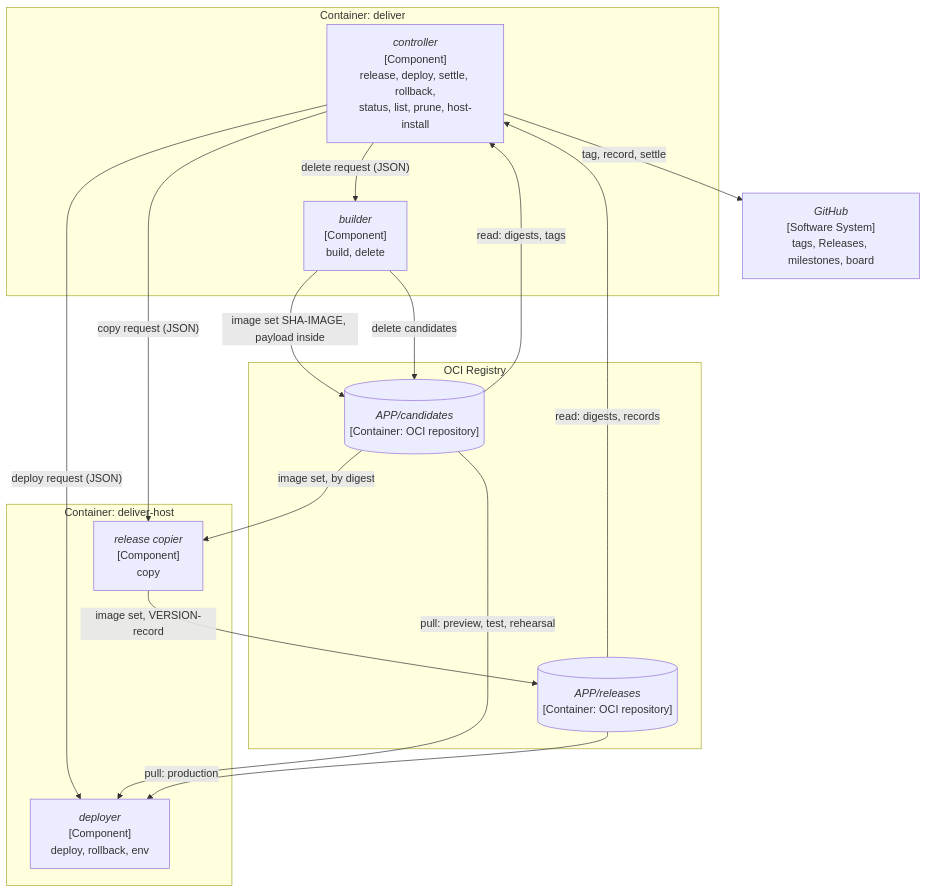
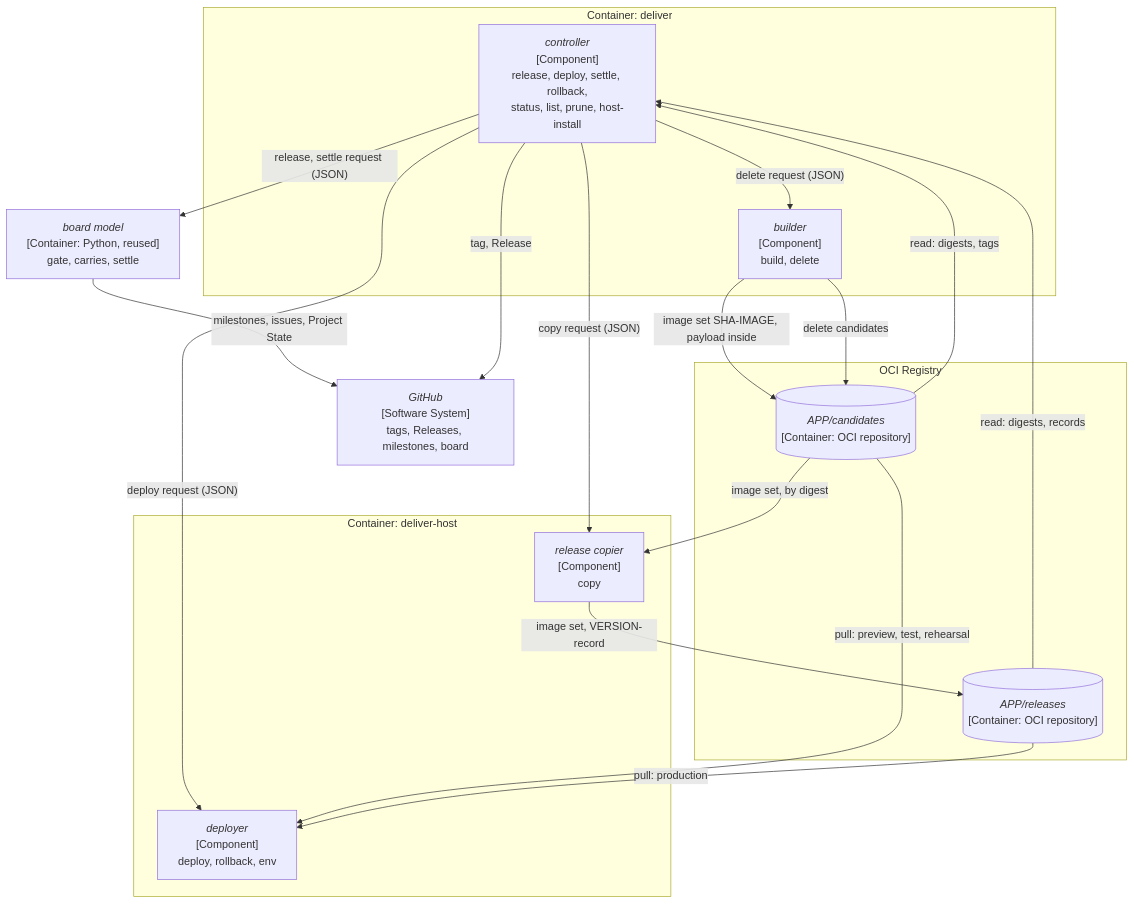
The first of 6 diagrams in records/2.5-changes/programme-tooling/117-generic-deliver-tool/design.md (delphside/programme), drawn with Mermaid before and after one commit. The commit also changed other lines of this file, not shown here.

First line of the commit message:
Change 117: name the board model as a reused tool

````diff
--- a/records/2.5-changes/programme-tooling/117-generic-deliver-tool/design.md
+++ b/records/2.5-changes/programme-tooling/117-generic-deliver-tool/design.md
@@ -94,28 +99,31 @@
 ```mermaid
 flowchart TB
   subgraph DELIVER["Container: deliver"]
     CTL["<i>controller</i><br>[Component]<br>release, deploy, settle, rollback,<br>status, list, prune, host-install"]
     BLD["<i>builder</i><br>[Component]<br>build, delete"]
   end
   subgraph HOST["Container: deliver-host"]
     COPY["<i>release copier</i><br>[Component]<br>copy"]
     DEP["<i>deployer</i><br>[Component]<br>deploy, rollback, env"]
   end
   subgraph OCIR["OCI Registry"]
     CAND[("<i>APP/candidates</i><br>[Container: OCI repository]")]
     REL[("<i>APP/releases</i><br>[Container: OCI repository]")]
   end
   GH["<i>GitHub</i><br>[Software System]<br>tags, Releases, milestones, board"]
+  BM["<i>board model</i><br>[Container: Python, reused]<br>gate, carries, settle"]
+  CTL -->|"release, settle request (JSON)"| BM
+  BM -->|"milestones, issues, Project State"| GH
   BLD -->|"image set SHA-IMAGE, payload inside"| CAND
   CAND -->|"read: digests, tags"| CTL
   REL -->|"read: digests, records"| CTL
   CTL -->|"delete request (JSON)"| BLD
   BLD -->|"delete candidates"| CAND
   CTL -->|"copy request (JSON)"| COPY
   CAND -->|"image set, by digest"| COPY
   COPY -->|"image set, VERSION-record"| REL
   CTL -->|"deploy request (JSON)"| DEP
   CAND -->|"pull: preview, test, rehearsal"| DEP
   REL -->|"pull: production"| DEP
-  CTL -->|"tag, record, settle"| GH
+  CTL -->|"tag, Release"| GH
 ```
````
